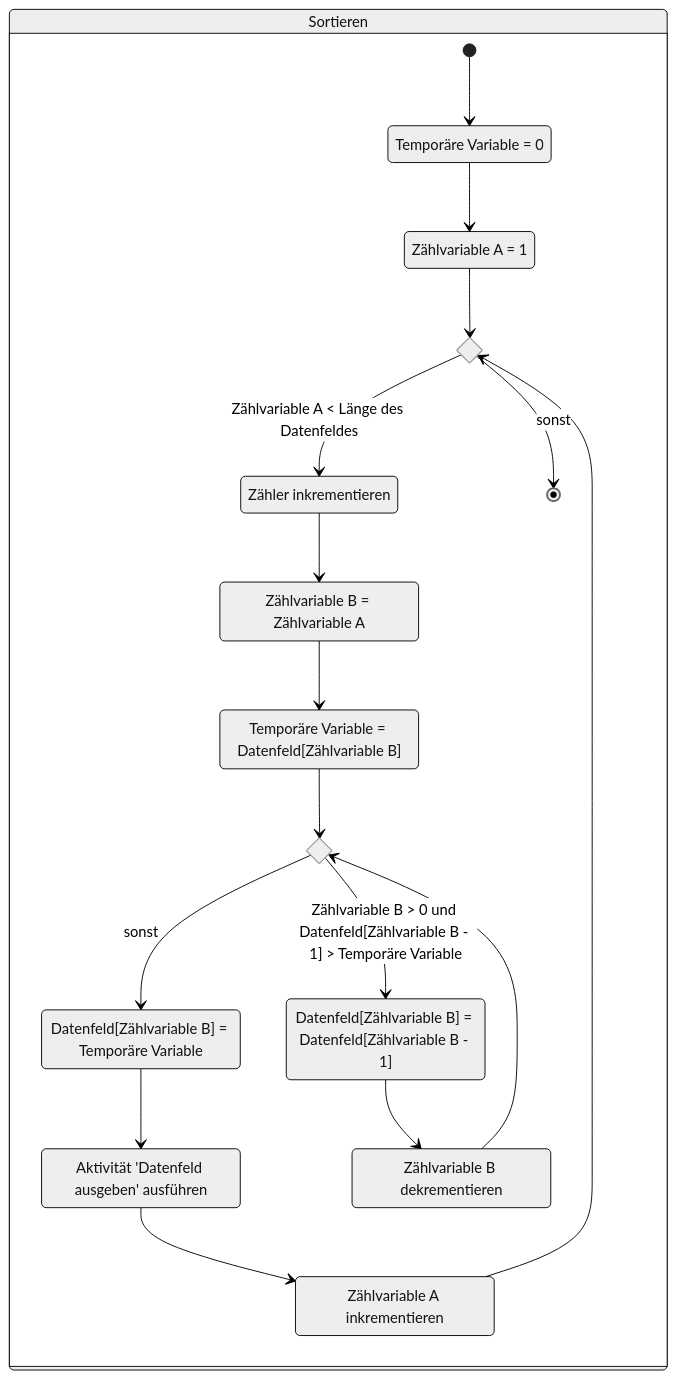
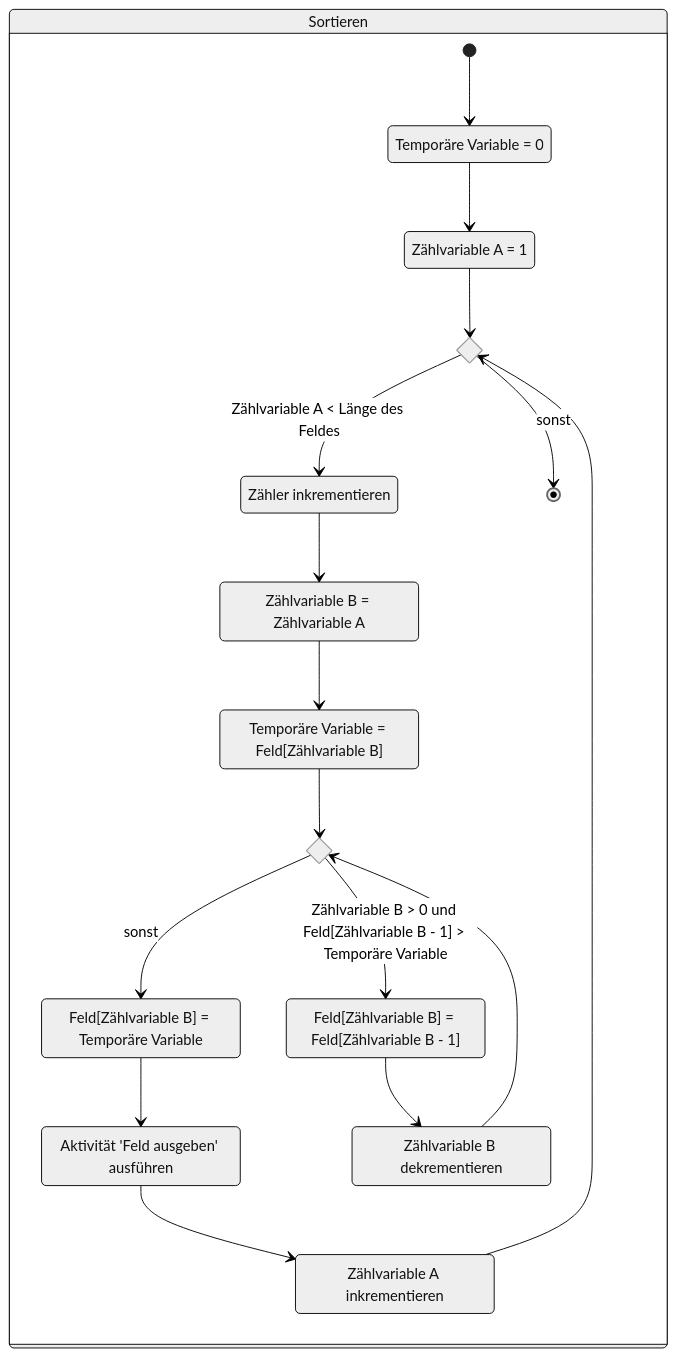
One commit to jappuccini/java-docs changed the third of 4 diagrams in docs/exam-exercises/exam-exercises-java1/insertion-sort.md. Above: the diagram before and after it, drawn with Mermaid (neutral theme). The commit also changed other lines of this file and 3 other files, not shown here.

````diff
--- a/docs/exam-exercises/exam-exercises-java1/insertion-sort.md
+++ b/docs/exam-exercises/exam-exercises-java1/insertion-sort.md
@@ -39,34 +39,34 @@
 ```mermaid
 stateDiagram-v2
     state "Temporäre Variable = 0" as state1
     state "Zählvariable A = 1" as state2
     state "Zähler inkrementieren" as state3
     state "Zählvariable B = Zählvariable A" as state4
-    state "Temporäre Variable = Datenfeld[Zählvariable B]" as state5
-    state "Datenfeld[Zählvariable B] = Temporäre Variable" as state6
-    state "Aktivität 'Datenfeld ausgeben' ausführen" as state7
+    state "Temporäre Variable = Feld[Zählvariable B]" as state5
+    state "Feld[Zählvariable B] = Temporäre Variable" as state6
+    state "Aktivität 'Feld ausgeben' ausführen" as state7
     state "Zählvariable A inkrementieren" as state8
-    state "Datenfeld[Zählvariable B] = Datenfeld[Zählvariable B - 1]" as state9
+    state "Feld[Zählvariable B] = Feld[Zählvariable B - 1]" as state9
     state "Zählvariable B dekrementieren" as state10
 
     state if1 <<choice>>
     state if2 <<choice>>
 
-    state "Sortieren" as insertSort {
+    state "Sortieren" as sort {
         [*] --> state1
         state1 --> state2
         state2 --> if1
-        if1 --> state3: Zählvariable A < Länge des Datenfeldes
+        if1 --> state3: Zählvariable A < Länge des Feldes
         if1 --> [*]: sonst
         state3 --> state4
         state4 --> state5
         state5 --> if2
         if2 --> state6: sonst
-        if2 --> state9: Zählvariable B > 0 und Datenfeld[Zählvariable B - 1] > Temporäre Variable
+        if2 --> state9: Zählvariable B > 0 und Feld[Zählvariable B - 1] > Temporäre Variable
         state6 --> state7
         state7 --> state8
         state8 --> if1
         state9 --> state10
         state10 --> if2
     }
 ```
````
